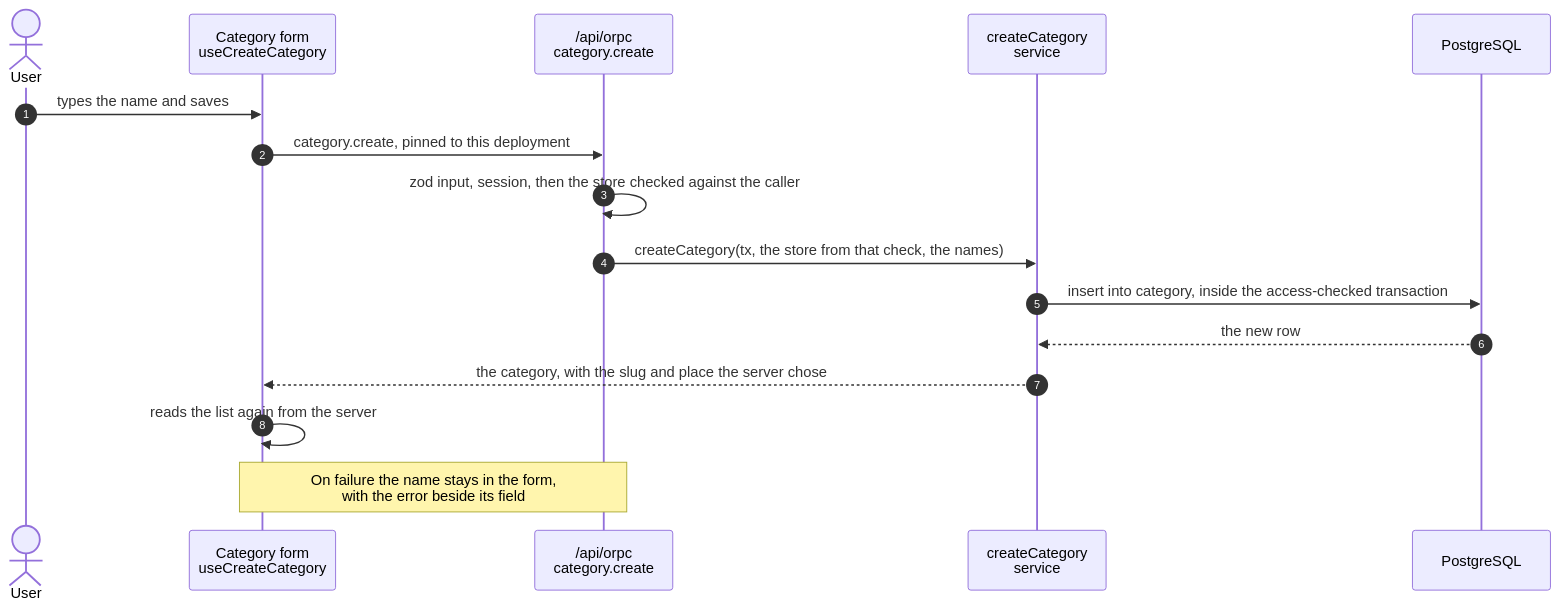
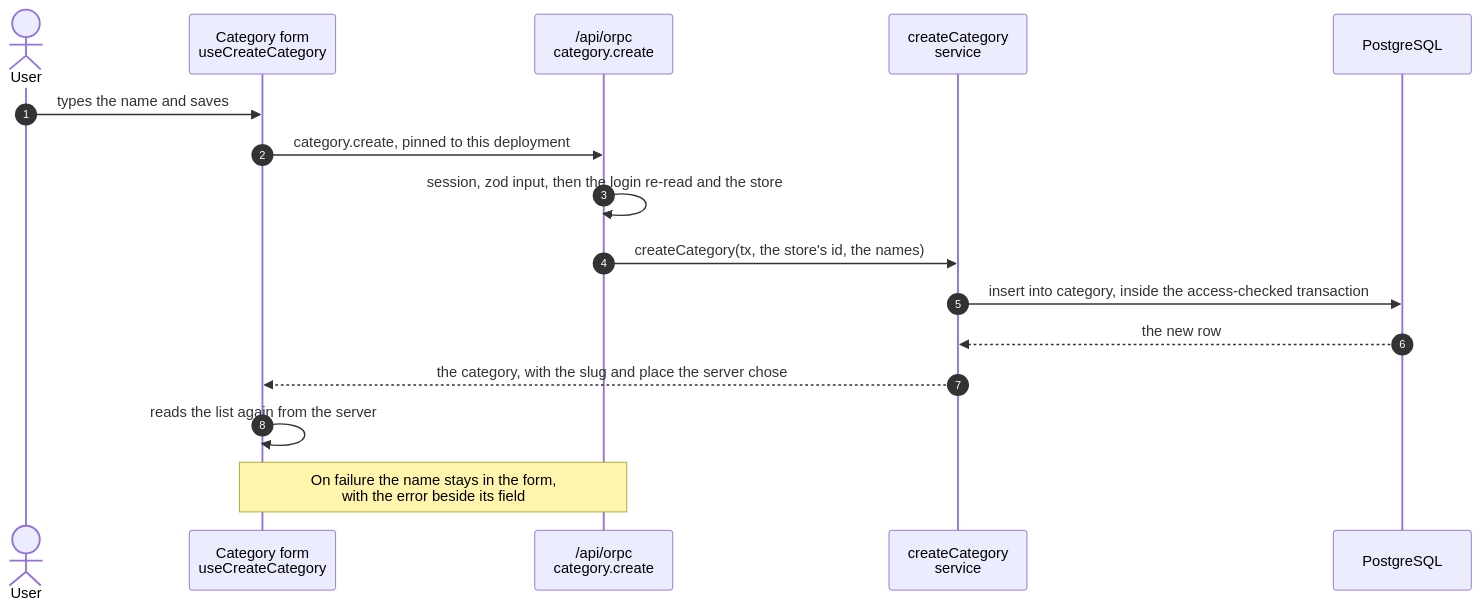
The second of 2 diagrams in README.md (LRegalado1996/feria), drawn with Mermaid before and after one commit. The commit also changed other lines of this file and 10 other files, not shown here.

````diff
--- a/README.md
+++ b/README.md
@@ -52,18 +52,18 @@
 ```mermaid
 sequenceDiagram
     autonumber
     actor U as User
     participant C as Category form<br/>useCreateCategory
     participant A as /api/orpc<br/>category.create
     participant S as createCategory<br/>service
     participant D as PostgreSQL
     U->>C: types the name and saves
     C->>A: category.create, pinned to this deployment
-    A->>A: zod input, session, then the store checked against the caller
-    A->>S: createCategory(tx, the store from that check, the names)
+    A->>A: session, zod input, then the login re-read and the store
+    A->>S: createCategory(tx, the store's id, the names)
     S->>D: insert into category, inside the access-checked transaction
     D-->>S: the new row
     S-->>C: the category, with the slug and place the server chose
     C->>C: reads the list again from the server
     Note over C,A: On failure the name stays in the form,<br/>with the error beside its field
 ```
````
